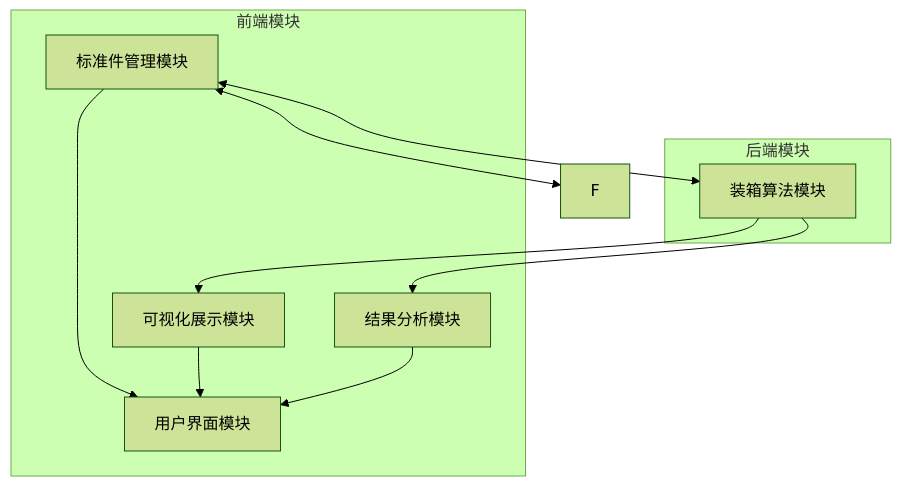
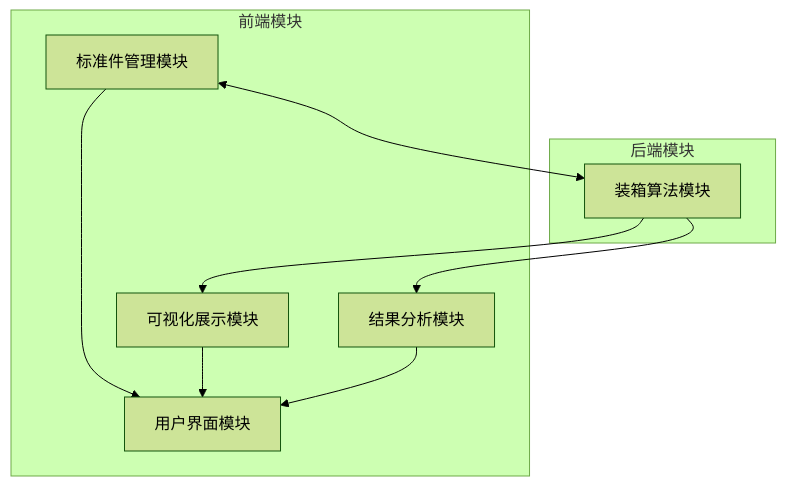
One commit to MikuGeek/pack-assistant changed the third of 6 diagrams in doc/ch.md. Above: the diagram before and after it, drawn with Mermaid (forest theme). The commit also changed other lines of this file, not shown here.

````diff
--- a/doc/ch.md
+++ b/doc/ch.md
@@ -135,17 +134,16 @@
 ```mermaid
 graph TB
     subgraph 前端模块
         A[标准件管理模块] --> D[用户界面模块]
         B[可视化展示模块] --> D
         C[结果分析模块] --> D
     end
 
     subgraph 后端模块
         E[装箱算法模块]
     end
 
     A <--> E
     E --> B
     E --> C
-    A <--> F
 ```
````
